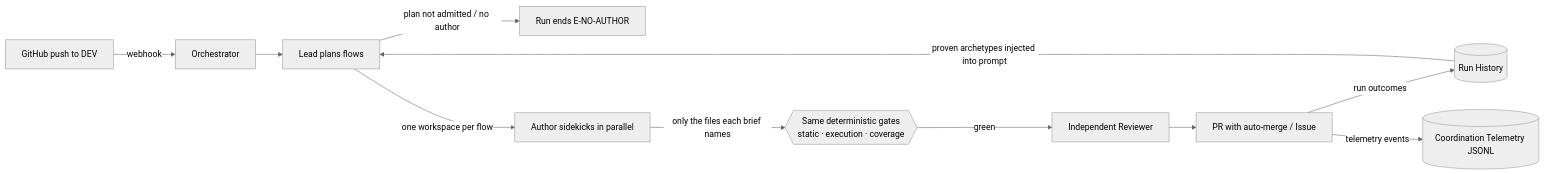
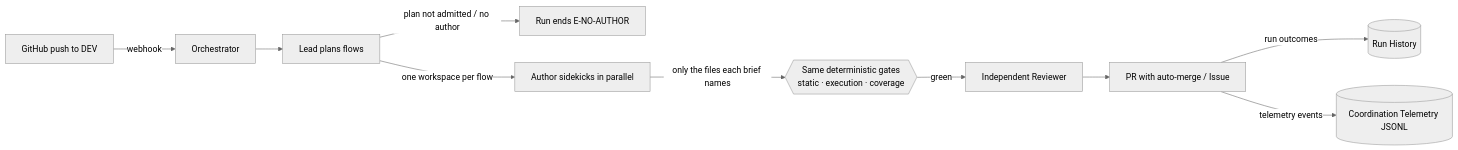
The diagram in README.md (ArielFalcon/QAyaba), drawn with Mermaid (neutral theme) before and after one commit. The commit also changed other lines of this file and 81 other files, not shown here.

````diff
--- a/README.md
+++ b/README.md
@@ -70,13 +70,12 @@
 ```mermaid
 flowchart LR
     GH["GitHub push to DEV"] -->|webhook| O[Orchestrator]
     O --> PL[Lead plans flows]
     PL -->|"plan not admitted / no author"| NA["Run ends E-NO-AUTHOR"]
     PL -->|"one workspace per flow"| SK[Author sidekicks in parallel]
     SK -->|"only the files each brief names"| V{{"Same deterministic gates\nstatic · execution · coverage"}}
     V -->|green| RV[Independent Reviewer]
     RV --> DEC[PR with auto-merge / Issue]
     DEC -->|run outcomes| LD[(Run History)]
     DEC -->|telemetry events| TL[(Coordination Telemetry JSONL)]
-    LD -->|proven archetypes injected into prompt| PL
 ```
````
